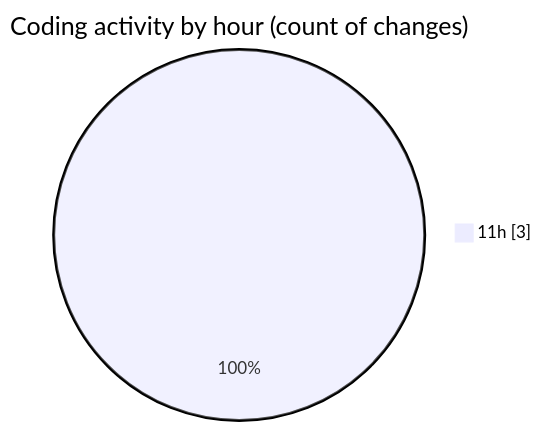
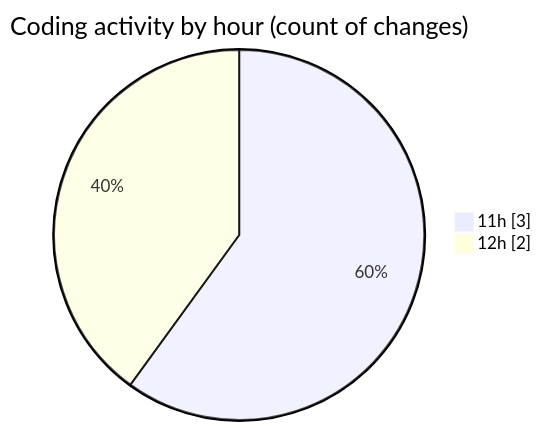
One commit to NitaiMahat/code-tracking changed the second of 2 diagrams in 2025-02-08/coding_prac_2/README.md. Above: the diagram before and after it, drawn with Mermaid. The commit also changed other lines of this file and 1 other file, not shown here.

````diff
--- a/2025-02-08/coding_prac_2/README.md
+++ b/2025-02-08/coding_prac_2/README.md
@@ -28,5 +28,6 @@
 ```mermaid
 pie showData
 title Coding activity by hour (count of changes)
 "11h" : 3
+"12h" : 2
 ```
````
